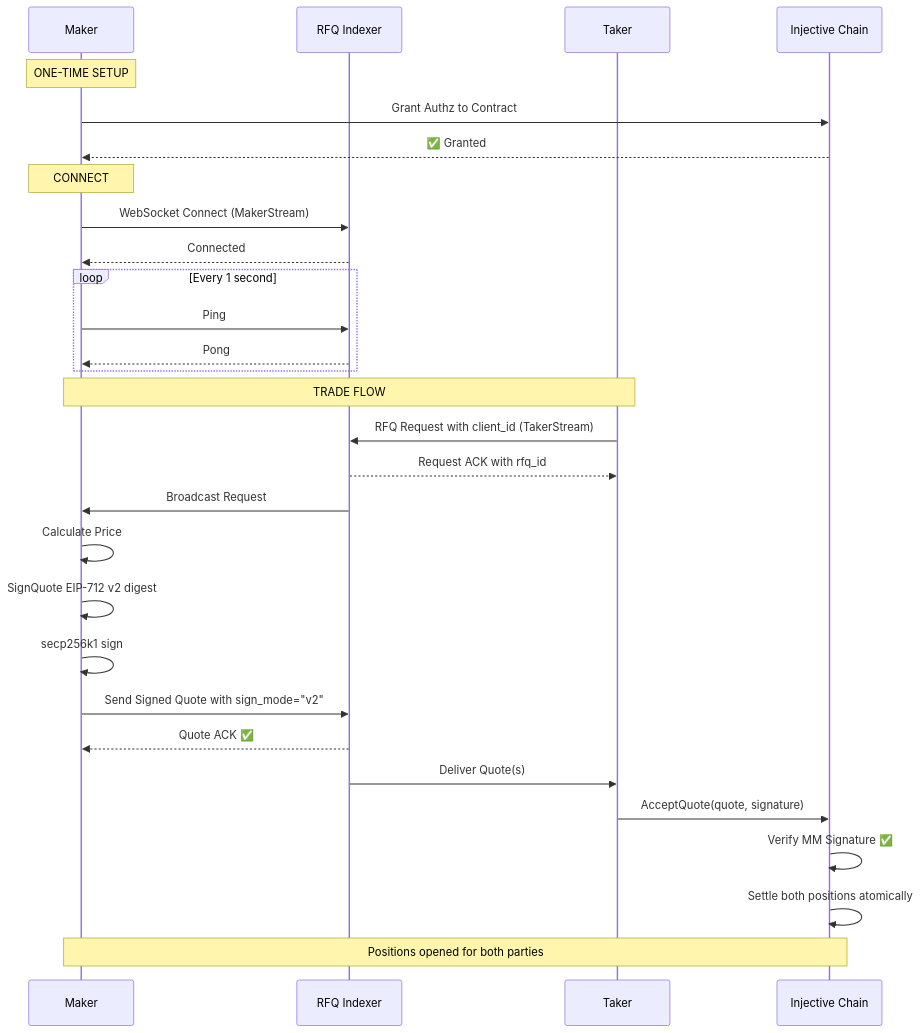
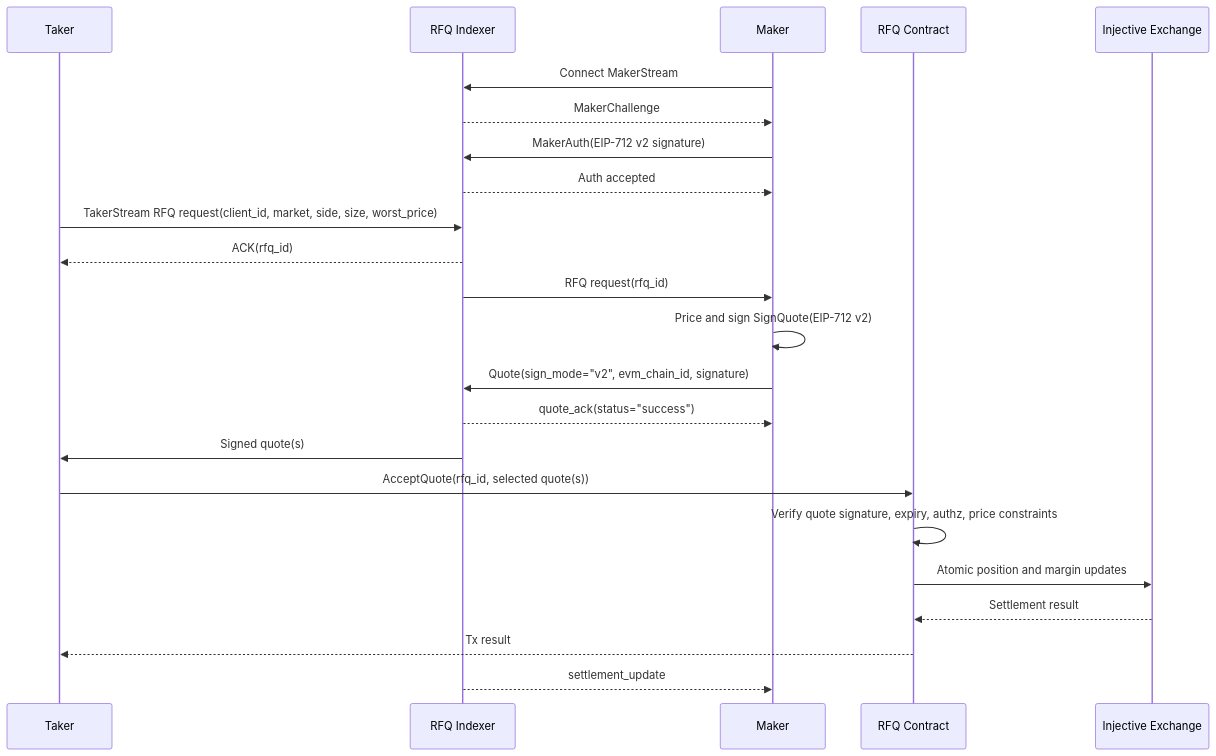
The first of 2 diagrams in mintlify/sdk-trading/protocol-reference.md (TrueCurrent/truecurrent-docs), drawn with Mermaid before and after one commit. The commit also changed other lines of this file and 4 other files, not shown here.

````diff
--- a/mintlify/sdk-trading/protocol-reference.md
+++ b/mintlify/sdk-trading/protocol-reference.md
@@ -9,34 +27,27 @@
 ```mermaid
 sequenceDiagram
-    participant MM as Maker
-    participant IDX as RFQ Indexer
-    participant Taker as Taker
-    participant Chain as Injective Chain
+    participant Taker
+    participant Indexer as RFQ Indexer
+    participant Maker
+    participant Contract as RFQ Contract
+    participant Exchange as Injective Exchange
 
-    Note over MM: ONE-TIME SETUP
-    MM->>Chain: Grant Authz to Contract
-    Chain-->>MM: ✅ Granted
+    Maker->>Indexer: Connect MakerStream
+    Indexer-->>Maker: MakerChallenge
+    Maker->>Indexer: MakerAuth(EIP-712 v2 signature)
+    Indexer-->>Maker: Auth accepted
 
-    Note over MM: CONNECT
-    MM->>IDX: WebSocket Connect (MakerStream)
-    IDX-->>MM: Connected
-    loop Every 1 second
-        MM->>IDX: Ping
-        IDX-->>MM: Pong
-    end
-
-    Note over Taker,MM: TRADE FLOW
-    Taker->>IDX: RFQ Request with client_id (TakerStream)
-    IDX-->>Taker: Request ACK with rfq_id
-    IDX->>MM: Broadcast Request
-    MM->>MM: Calculate Price
-    MM->>MM: SignQuote EIP-712 v2 digest
-    MM->>MM: secp256k1 sign
-    MM->>IDX: Send Signed Quote with sign_mode="v2"
-    IDX-->>MM: Quote ACK ✅
-    IDX->>Taker: Deliver Quote(s)
-    Taker->>Chain: AcceptQuote(quote, signature)
-    Chain->>Chain: Verify MM Signature ✅
-    Chain->>Chain: Settle both positions atomically
-    Note over MM,Chain: Positions opened for both parties
+    Taker->>Indexer: TakerStream RFQ request(client_id, market, side, size, worst_price)
+    Indexer-->>Taker: ACK(rfq_id)
+    Indexer->>Maker: RFQ request(rfq_id)
+    Maker->>Maker: Price and sign SignQuote(EIP-712 v2)
+    Maker->>Indexer: Quote(sign_mode="v2", evm_chain_id, signature)
+    Indexer-->>Maker: quote_ack(status="success")
+    Indexer->>Taker: Signed quote(s)
+    Taker->>Contract: AcceptQuote(rfq_id, selected quote(s))
+    Contract->>Contract: Verify quote signature, expiry, authz, price constraints
+    Contract->>Exchange: Atomic position and margin updates
+    Exchange-->>Contract: Settlement result
+    Contract-->>Taker: Tx result
+    Indexer-->>Maker: settlement_update
 ```
````
